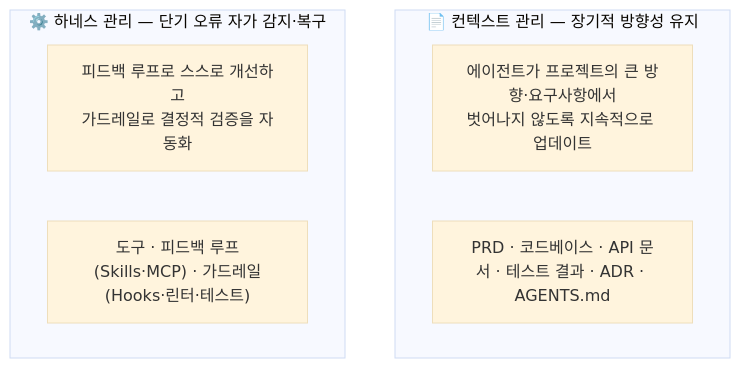
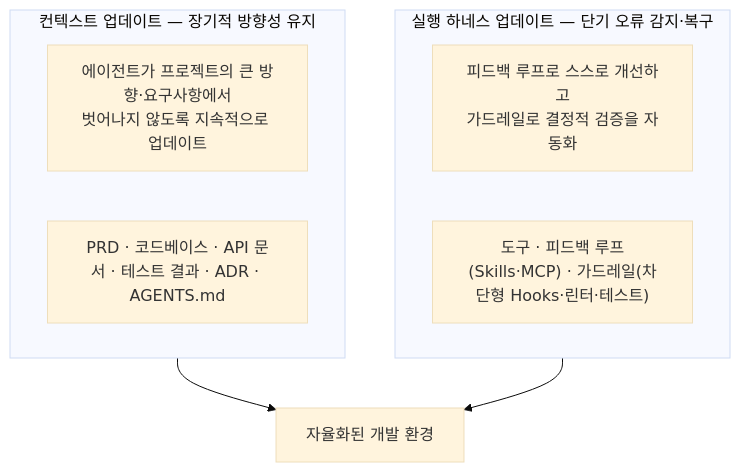
One commit to haandol/haandol.github.com changed the ninth of 9 diagrams in _posts/2026-06-16-harness-engineering-in-practice.md. Above: the diagram before and after it, drawn with Mermaid (base theme). The commit also changed other lines of this file and 1 other file, not shown here.

````diff
--- a/_posts/2026-06-16-harness-engineering-in-practice.md
+++ b/_posts/2026-06-16-harness-engineering-in-practice.md
@@ -505,11 +457,13 @@
 ```mermaid
 flowchart TB
-    subgraph CTX["📄 컨텍스트 관리 — 장기적 방향성 유지"]
+    subgraph CTX["컨텍스트 업데이트 — 장기적 방향성 유지"]
         C1["에이전트가 프로젝트의 큰 방향·요구사항에서<br/>벗어나지 않도록 지속적으로 업데이트"]
         C2["PRD · 코드베이스 · API 문서 · 테스트 결과 · ADR · AGENTS.md"]
     end
-    subgraph HRN["⚙️ 하네스 관리 — 단기 오류 자가 감지·복구"]
+    subgraph HRN["실행 하네스 업데이트 — 단기 오류 감지·복구"]
         H1["피드백 루프로 스스로 개선하고<br/>가드레일로 결정적 검증을 자동화"]
-        H2["도구 · 피드백 루프(Skills·MCP) · 가드레일(Hooks·린터·테스트)"]
+        H2["도구 · 피드백 루프(Skills·MCP) · 가드레일(차단형 Hooks·린터·테스트)"]
     end
+    CTX --> ALL["자율화된 개발 환경"]
+    HRN --> ALL
 ```
````
